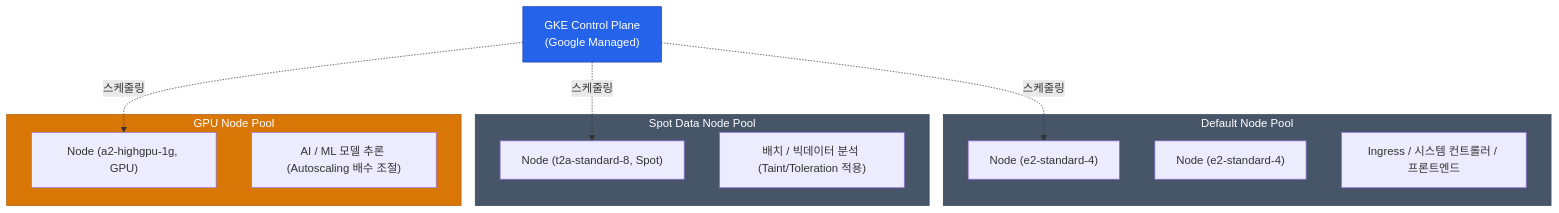
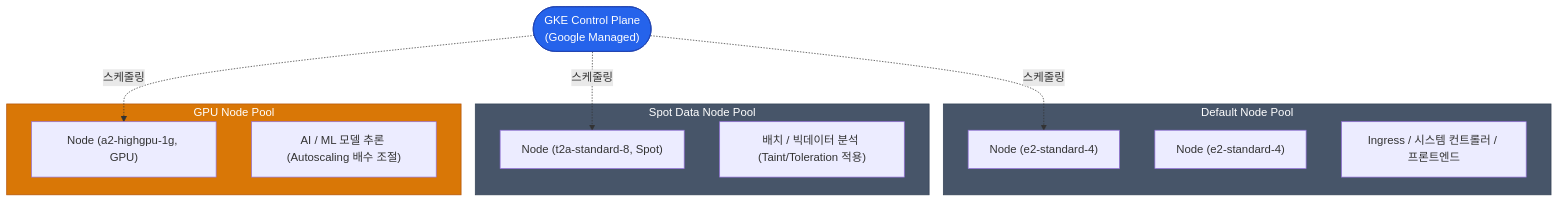
The diagram in _posts/cloud-infrastructure/2026-04-20-gcp-02-gke.md (No1Joon/No1Joon.github.io), drawn with Mermaid before and after one commit. The commit also changed other lines of this file and 36 other files, not shown here.

````diff
--- a/_posts/cloud-infrastructure/2026-04-20-gcp-02-gke.md
+++ b/_posts/cloud-infrastructure/2026-04-20-gcp-02-gke.md
@@ -34,32 +34,36 @@
 ```mermaid
 flowchart TB
-    CP["GKE Control Plane<br/>(Google Managed)"]
+    CP(["GKE Control Plane<br/>(Google Managed)"])
     
     subgraph np_default [Default Node Pool]
         N1["Node (e2-standard-4)"]
         N2["Node (e2-standard-4)"]
         note1["Ingress / 시스템 컨트롤러 / 프론트엔드"]
     end
     
     subgraph np_batch [Spot Data Node Pool]
         N3["Node (t2a-standard-8, Spot)"]
         note2["배치 / 빅데이터 분석 (Taint/Toleration 적용)"]
     end
     
     subgraph np_gpu [GPU Node Pool]
         N4["Node (a2-highgpu-1g, GPU)"]
         note3["AI / ML 모델 추론 (Autoscaling 배수 조절)"]
     end
 
     CP -.->|"스케줄링"| N1
     CP -.->|"스케줄링"| N3
     CP -.->|"스케줄링"| N4
 
     classDef primary fill:#2563eb,stroke:#1e40af,color:#ffffff
+    classDef success fill:#059669,stroke:#047857,color:#ffffff
+    classDef warn fill:#d97706,stroke:#b45309,color:#ffffff
+    classDef danger fill:#dc2626,stroke:#991b1b,color:#ffffff
+    classDef info fill:#0891b2,stroke:#0e7490,color:#ffffff
     classDef neutral fill:#475569,stroke:#334155,color:#ffffff
-    classDef warn fill:#d97706,stroke:#b45309,color:#ffffff
+    classDef muted fill:#e2e8f0,stroke:#94a3b8,color:#0f172a
 
     class CP primary
     class np_default,np_batch neutral
     class np_gpu warn
 ```
````
